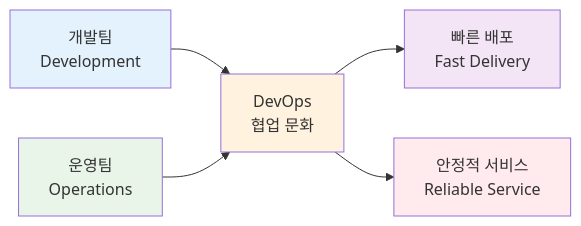
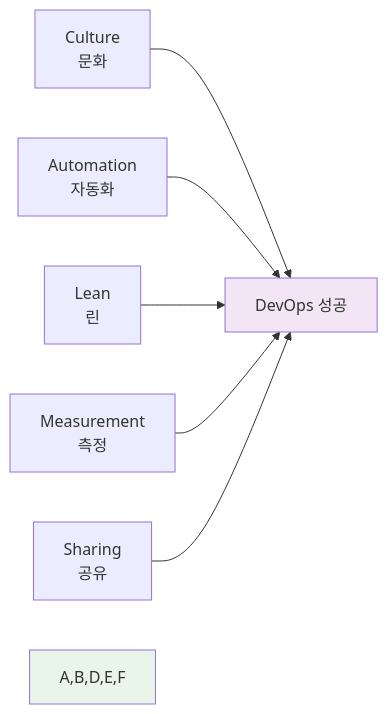
One commit to niceguy61/kdt_devops_lecture_2025 changed the fifth of 9 diagrams in theory/week_01/day_01_orientation_and_devops_intro.md. Above: the diagram before and after it, drawn with Mermaid. The commit also changed other lines of this file and 76 other files, not shown here.

````diff
--- a/theory/week_01/day_01_orientation_and_devops_intro.md
+++ b/theory/week_01/day_01_orientation_and_devops_intro.md
@@ -171,13 +231,11 @@
 ```mermaid
 graph LR
-    A[개발팀<br/>Development] --> C[DevOps<br/>협업 문화]
-    B[운영팀<br/>Operations] --> C
-    C --> D[빠른 배포<br/>Fast Delivery]
-    C --> E[안정적 서비스<br/>Reliable Service]
+    A[Culture<br/>문화] --> C[DevOps 성공]
+    B[Automation<br/>자동화] --> C
+    D[Lean<br/>린] --> C
+    E[Measurement<br/>측정] --> C
+    F[Sharing<br/>공유] --> C
     
-    style A fill:#e3f2fd
-    style B fill:#e8f5e8
-    style C fill:#fff3e0
-    style D fill:#f3e5f5
-    style E fill:#ffebee
+    style A,B,D,E,F fill:#e8f5e8
+    style C fill:#f3e5f5
 ```
````
